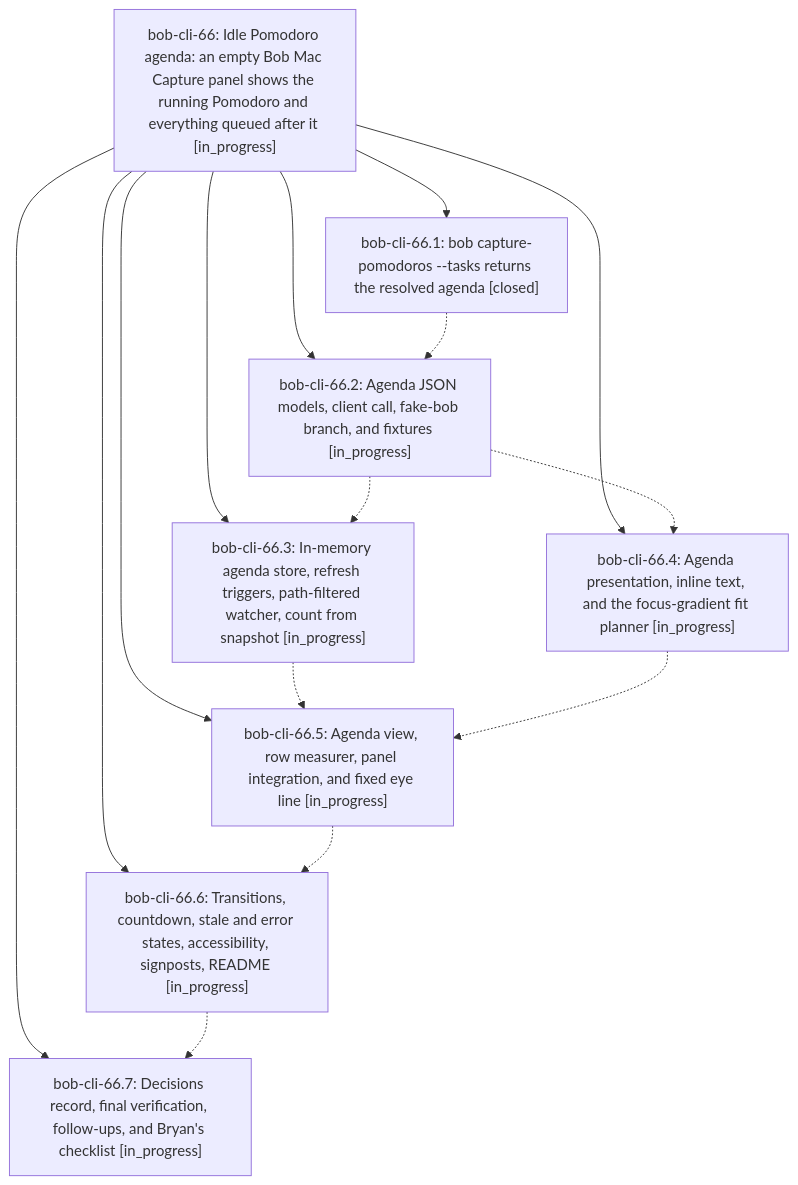
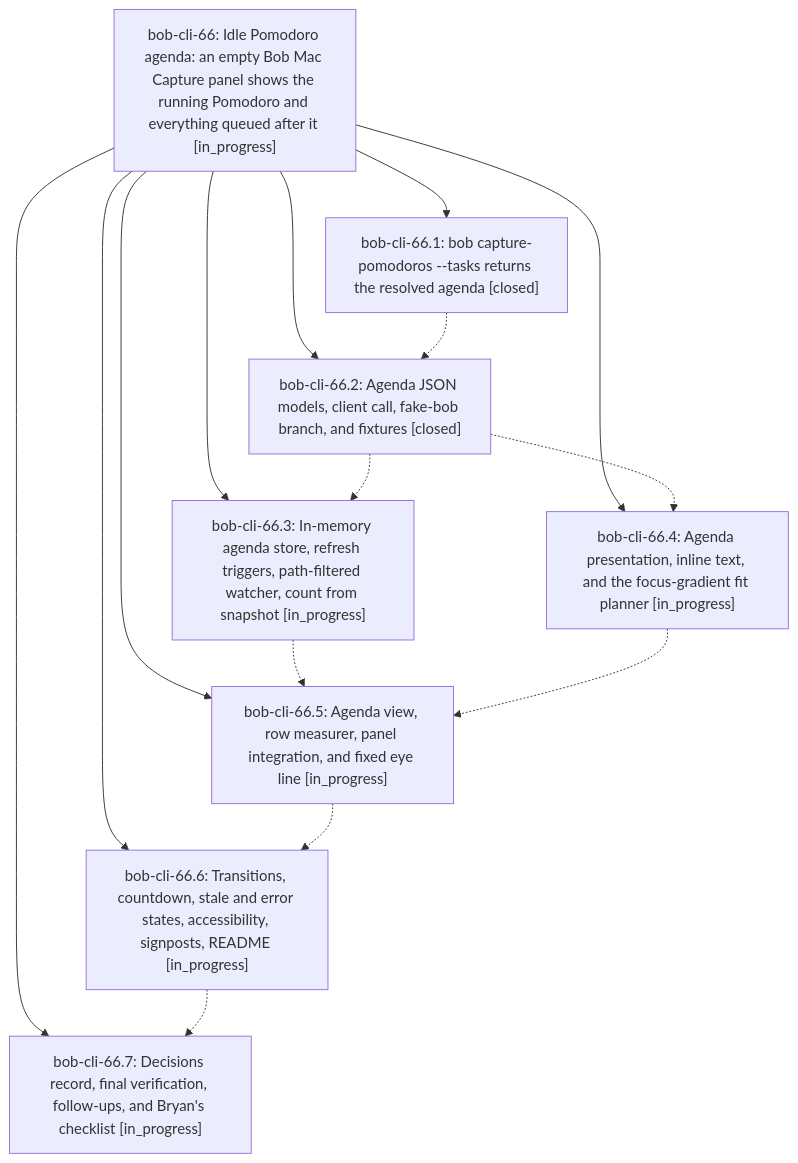
Before and after one commit to bobs-org/bob-cli--beads: the diagram in pages/bob-cli-66/README.md, drawn with Mermaid. The commit also changed other lines of this file and 4 other files, not shown here.

First line of the commit message:
chore(beads): sync bead state and pages for bob-cli-66

````diff
--- a/pages/bob-cli-66/README.md
+++ b/pages/bob-cli-66/README.md
@@ -40,25 +40,25 @@
 ```mermaid
 flowchart TD
     n0["bob-cli-66: Idle Pomodoro agenda: an empty Bob Mac Capture panel shows the running Pomodoro and everything queued after it [in_progress]"]
     n1["bob-cli-66.1: bob capture-pomodoros --tasks returns the resolved agenda [closed]"]
-    n2["bob-cli-66.2: Agenda JSON models, client call, fake-bob branch, and fixtures [in_progress]"]
+    n2["bob-cli-66.2: Agenda JSON models, client call, fake-bob branch, and fixtures [closed]"]
     n3["bob-cli-66.3: In-memory agenda store, refresh triggers, path-filtered watcher, count from snapshot [in_progress]"]
     n4["bob-cli-66.4: Agenda presentation, inline text, and the focus-gradient fit planner [in_progress]"]
     n5["bob-cli-66.5: Agenda view, row measurer, panel integration, and fixed eye line [in_progress]"]
     n6["bob-cli-66.6: Transitions, countdown, stale and error states, accessibility, signposts, README [in_progress]"]
     n7["bob-cli-66.7: Decisions record, final verification, follow-ups, and Bryan's checklist [in_progress]"]
     n0 --> n1
     n0 --> n2
     n0 --> n3
     n0 --> n4
     n0 --> n5
     n0 --> n6
     n0 --> n7
     n1 -.-> n2
     n2 -.-> n3
     n2 -.-> n4
     n3 -.-> n5
     n4 -.-> n5
     n5 -.-> n6
     n6 -.-> n7
 ```
````
